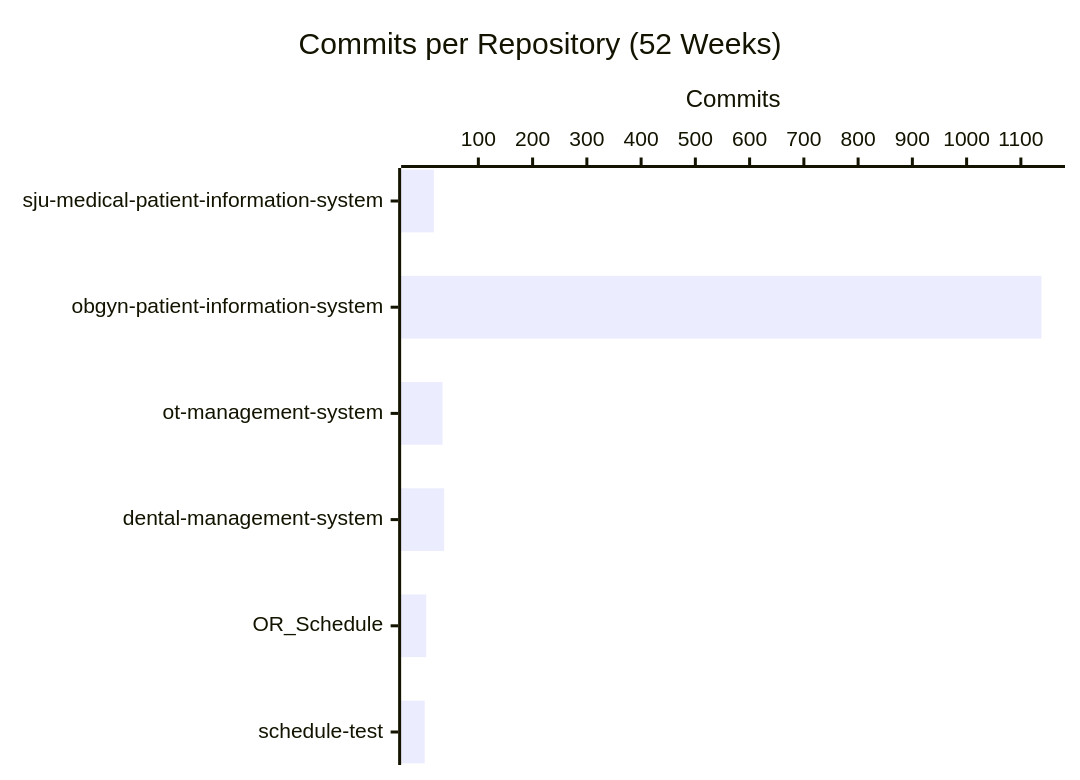
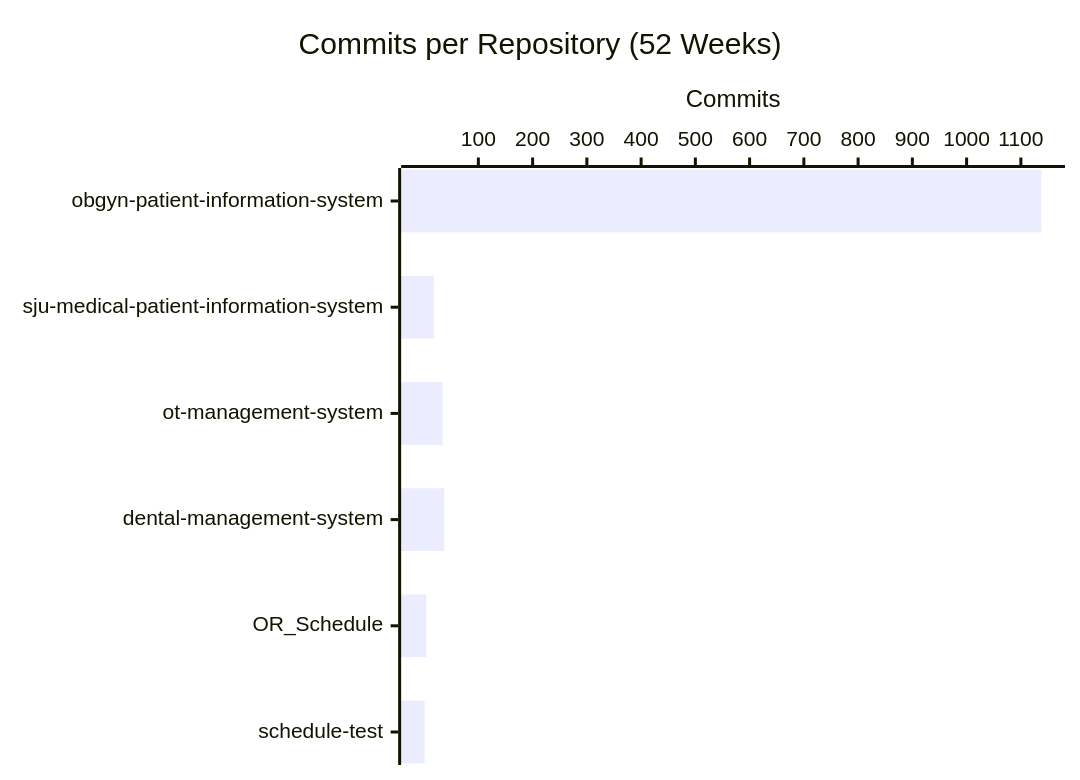
One commit to CSTH-Projects/.github changed the second of 4 diagrams in profile/README.md. Above: the diagram before and after it, drawn with Mermaid. The commit also changed other lines of this file, not shown here.

````diff
--- a/profile/README.md
+++ b/profile/README.md
@@ -24,7 +24,7 @@
 ```mermaid
 xychart-beta horizontal
     title "Commits per Repository (52 Weeks)"
-    x-axis ["sju-medical-patient-information-system", "obgyn-patient-information-system", "ot-management-system", "dental-management-system", "OR_Schedule", "schedule-test"]
+    x-axis ["obgyn-patient-information-system", "sju-medical-patient-information-system", "ot-management-system", "dental-management-system", "OR_Schedule", "schedule-test"]
     y-axis "Commits"
-    bar [18, 1138, 34, 37, 4, 1]
+    bar [1138, 18, 34, 37, 4, 1]
 ```
````
